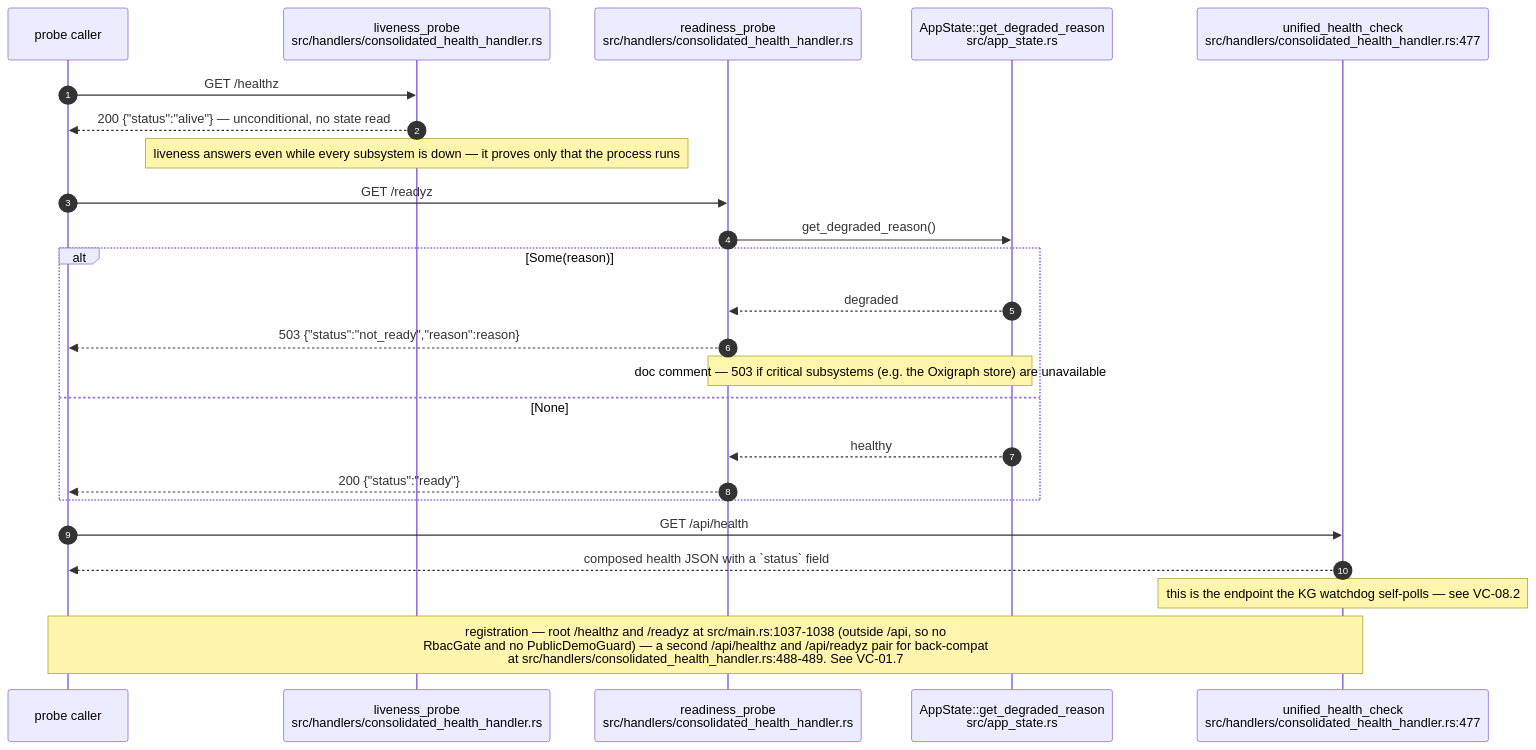
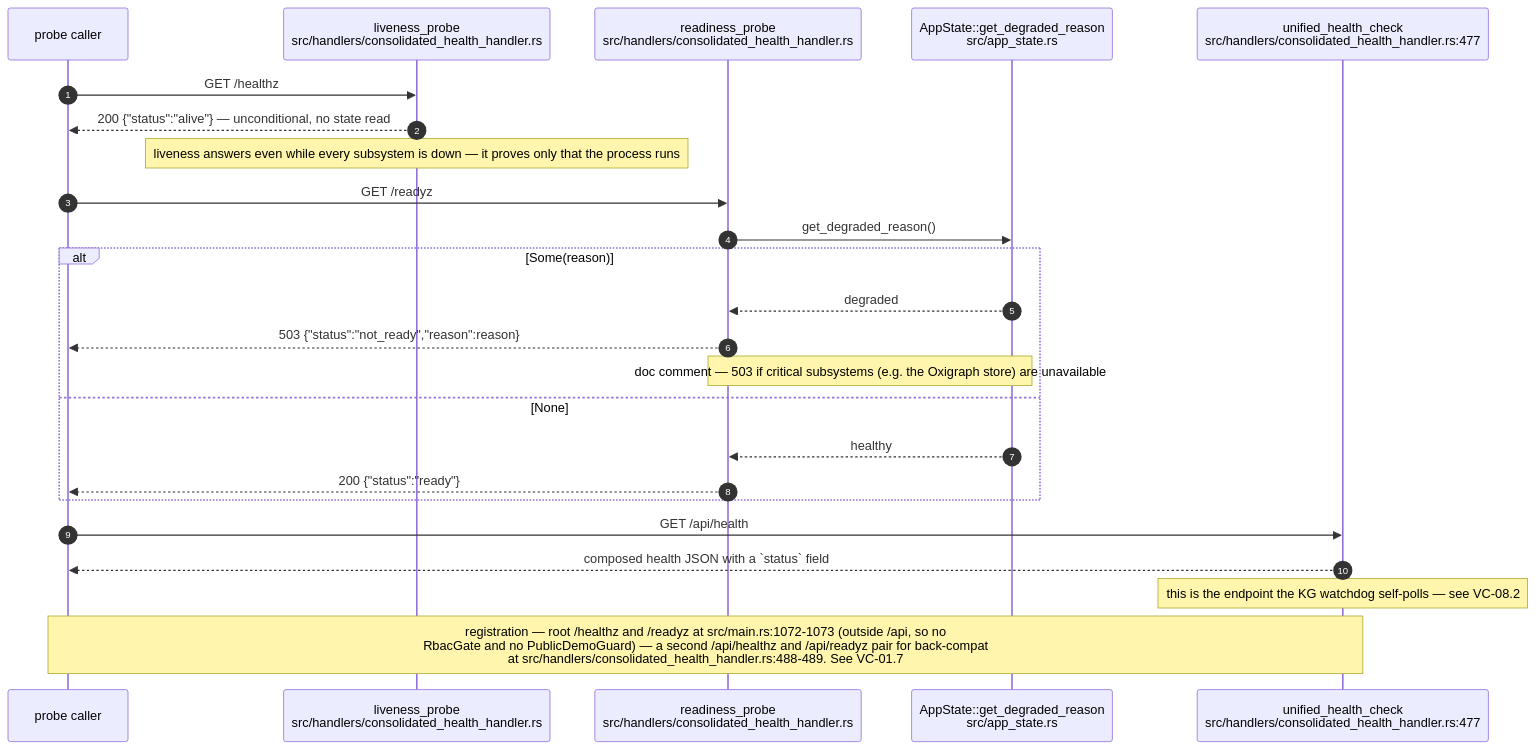
One commit to DreamLab-AI/VisionFlow changed the first of 12 diagrams in docs/diagrams/visionclaw/08-observability-health-and-dev-loop.md. Above: the diagram before and after it, drawn with Mermaid. The commit also changed other lines of this file and 32 other files, not shown here.

````diff
--- a/docs/diagrams/visionclaw/08-observability-health-and-dev-loop.md
+++ b/docs/diagrams/visionclaw/08-observability-health-and-dev-loop.md
@@ -36,27 +37,27 @@
 ```mermaid
 sequenceDiagram
     autonumber
     participant K as probe caller
     participant L as liveness_probe<br/>src/handlers/consolidated_health_handler.rs
     participant R as readiness_probe<br/>src/handlers/consolidated_health_handler.rs
     participant AS as AppState::get_degraded_reason<br/>src/app_state.rs
     participant U as unified_health_check<br/>src/handlers/consolidated_health_handler.rs:477
 
     K->>L: GET /healthz
     L-->>K: 200 {"status":"alive"} — unconditional, no state read
     Note over L: liveness answers even while every subsystem is down — it proves only that the process runs
     K->>R: GET /readyz
     R->>AS: get_degraded_reason()
     alt Some(reason)
         AS-->>R: degraded
         R-->>K: 503 {"status":"not_ready","reason":reason}
         Note over R,AS: doc comment — 503 if critical subsystems (e.g. the Oxigraph store) are unavailable
     else None
         AS-->>R: healthy
         R-->>K: 200 {"status":"ready"}
     end
     K->>U: GET /api/health
     U-->>K: composed health JSON with a `status` field
     Note over U: this is the endpoint the KG watchdog self-polls — see VC-08.2
-    Note over K,U: registration — root /healthz and /readyz at src/main.rs:1037-1038 (outside /api, so no<br/>RbacGate and no PublicDemoGuard) — a second /api/healthz and /api/readyz pair for back-compat<br/>at src/handlers/consolidated_health_handler.rs:488-489. See VC-01.7
+    Note over K,U: registration — root /healthz and /readyz at src/main.rs:1072-1073 (outside /api, so no<br/>RbacGate and no PublicDemoGuard) — a second /api/healthz and /api/readyz pair for back-compat<br/>at src/handlers/consolidated_health_handler.rs:488-489. See VC-01.7
 ```
````
